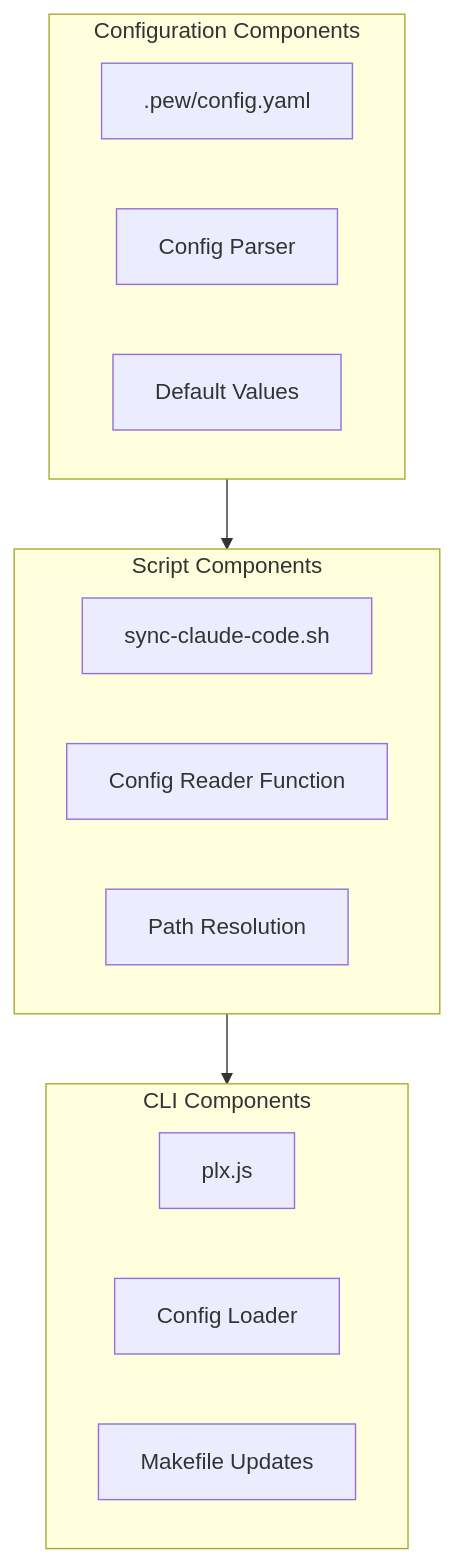
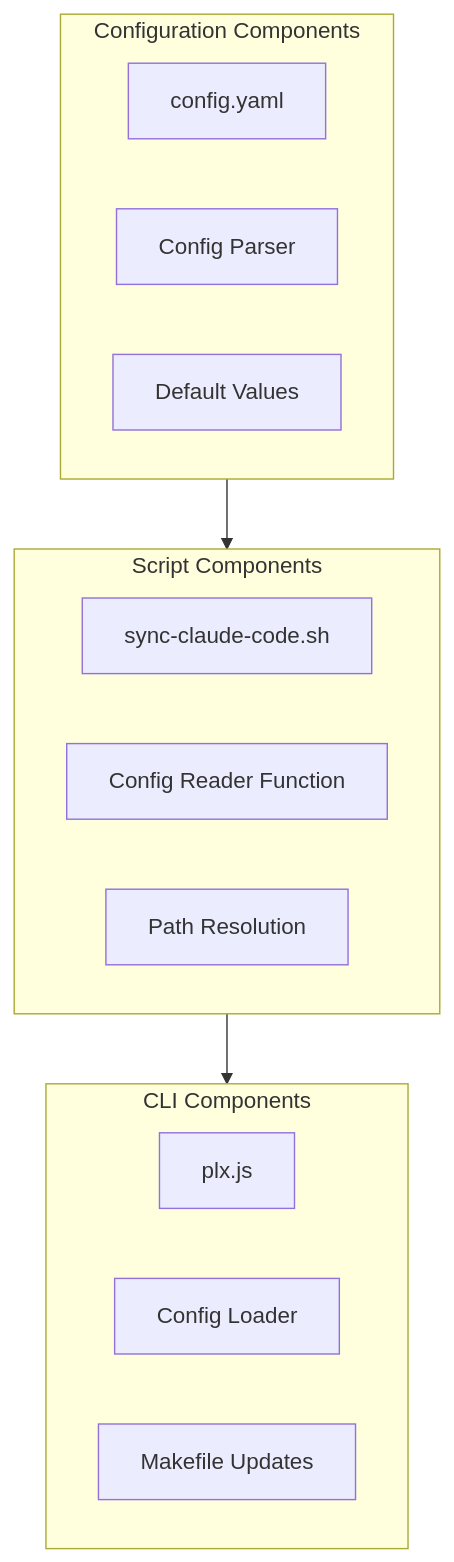
The third of 3 diagrams in issues/tech/framework/configuration/CFG-001-config-yaml-implementation/CFG-001-issue.md (its-brianwithai/pew-pew-plx), drawn with Mermaid before and after one commit. The commit also changed other lines of this file and 415 other files, not shown here.

````diff
--- a/issues/tech/framework/configuration/CFG-001-config-yaml-implementation/CFG-001-issue.md
+++ b/issues/tech/framework/configuration/CFG-001-config-yaml-implementation/CFG-001-issue.md
@@ -71,23 +71,23 @@
 ```mermaid
 graph TB
     subgraph Config[Configuration Components]
-        C1[.pew/config.yaml]
+        C1[config.yaml]
         C2[Config Parser]
         C3[Default Values]
     end
     
     subgraph Scripts[Script Components]
         S1[sync-claude-code.sh]
         S2[Config Reader Function]
         S3[Path Resolution]
     end
     
     subgraph CLI[CLI Components]
         CL1[plx.js]
         CL2[Config Loader]
         CL3[Makefile Updates]
     end
     
     Config --> Scripts
     Scripts --> CLI
 ```
````
